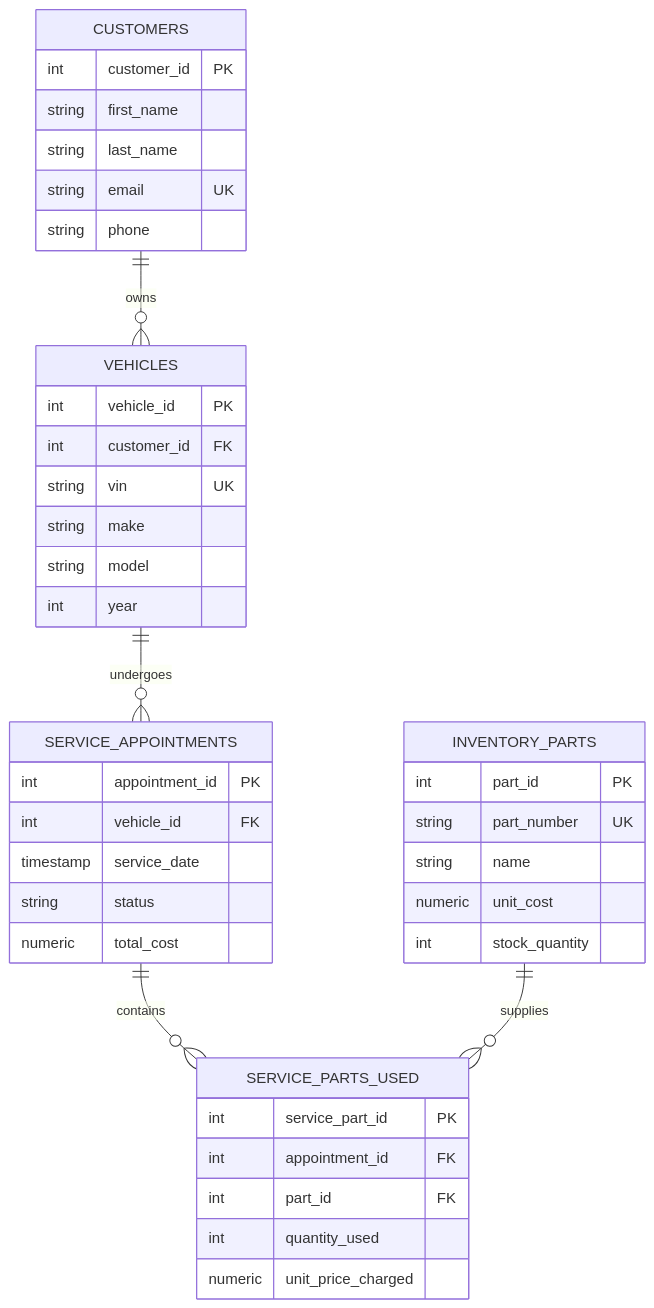
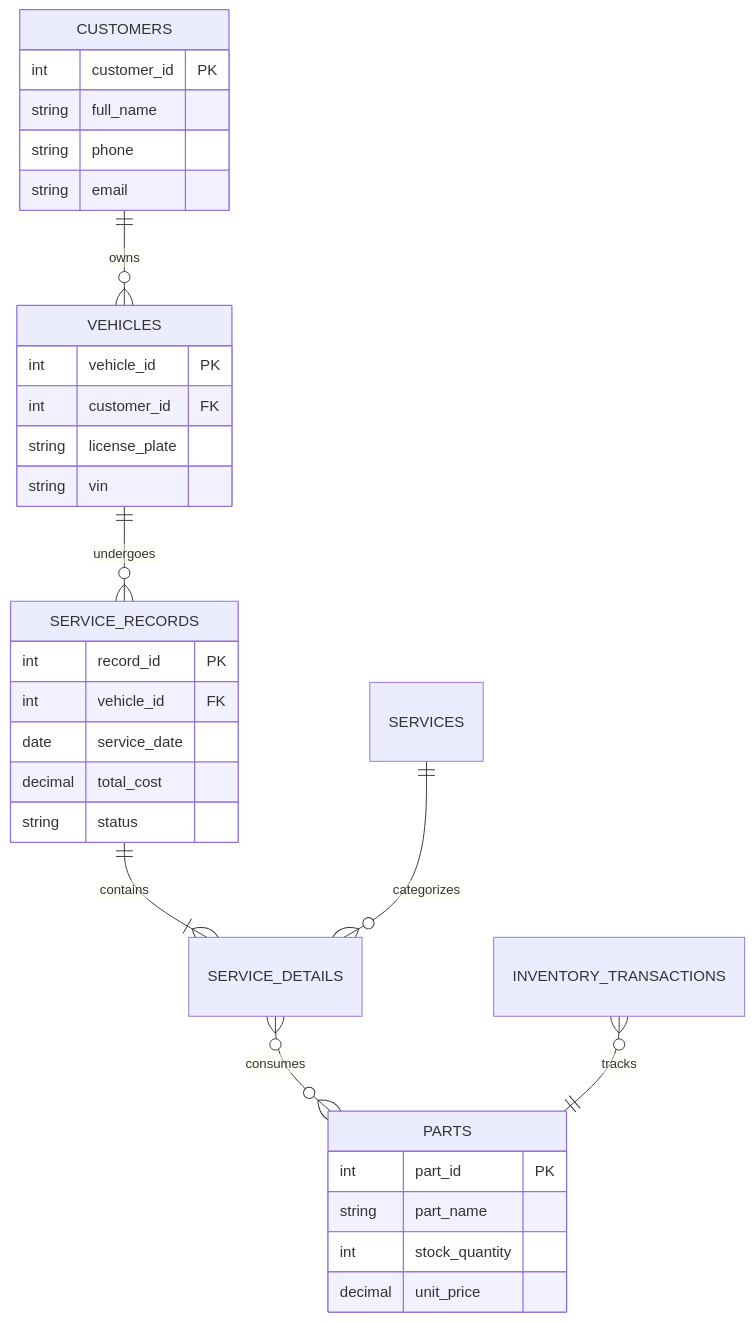
Before and after one commit to SudeeraHemantha/Portfolio_Projects: the diagram in 04-garage-database-system/README.md, drawn with Mermaid. The commit also changed other lines of this file, not shown here.

````diff
--- a/04-garage-database-system/README.md
+++ b/04-garage-database-system/README.md
@@ -12,48 +16,36 @@
 ```mermaid
 erDiagram
     CUSTOMERS ||--o{ VEHICLES : owns
-    VEHICLES ||--o{ SERVICE_APPOINTMENTS : undergoes
-    SERVICE_APPOINTMENTS ||--o{ SERVICE_PARTS_USED : contains
-    INVENTORY_PARTS ||--o{ SERVICE_PARTS_USED : supplies
+    VEHICLES ||--o{ SERVICE_RECORDS : undergoes
+    SERVICE_RECORDS ||--|{ SERVICE_DETAILS : contains
+    SERVICES ||--o{ SERVICE_DETAILS : categorizes
+    SERVICE_DETAILS }o--o{ PARTS : consumes
+    INVENTORY_TRANSACTIONS }o--|| PARTS : tracks
 
     CUSTOMERS {
         int customer_id PK
-        string first_name
-        string last_name
-        string email UK
+        string full_name
         string phone
+        string email
     }
-
     VEHICLES {
         int vehicle_id PK
         int customer_id FK
-        string vin UK
-        string make
-        string model
-        int year
+        string license_plate
+        string vin
+    }
+    SERVICE_RECORDS {
+        int record_id PK
+        int vehicle_id FK
+        date service_date
+        decimal total_cost
+        string status
+    }
+    PARTS {
+        int part_id PK
+        string part_name
+        int stock_quantity
+        decimal unit_price
     }
 
-    INVENTORY_PARTS {
-        int part_id PK
-        string part_number UK
-        string name
-        numeric unit_cost
-        int stock_quantity
-    }
-
-    SERVICE_APPOINTMENTS {
-        int appointment_id PK
-        int vehicle_id FK
-        timestamp service_date
-        string status
-        numeric total_cost
-    }
-
-    SERVICE_PARTS_USED {
-        int service_part_id PK
-        int appointment_id FK
-        int part_id FK
-        int quantity_used
-        numeric unit_price_charged
-    }
 ```
````
